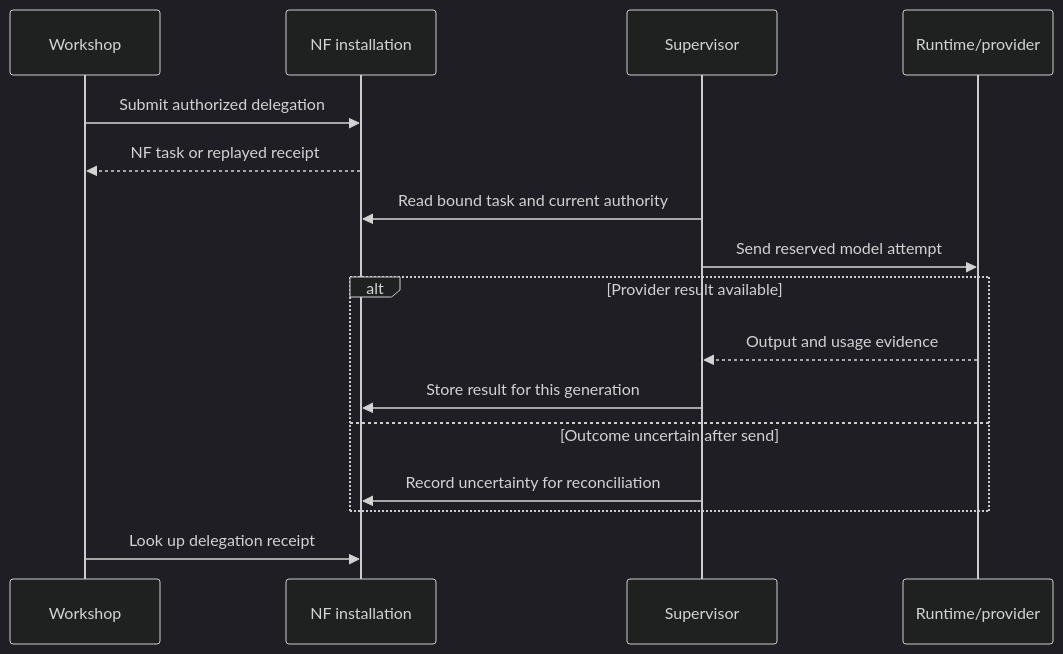
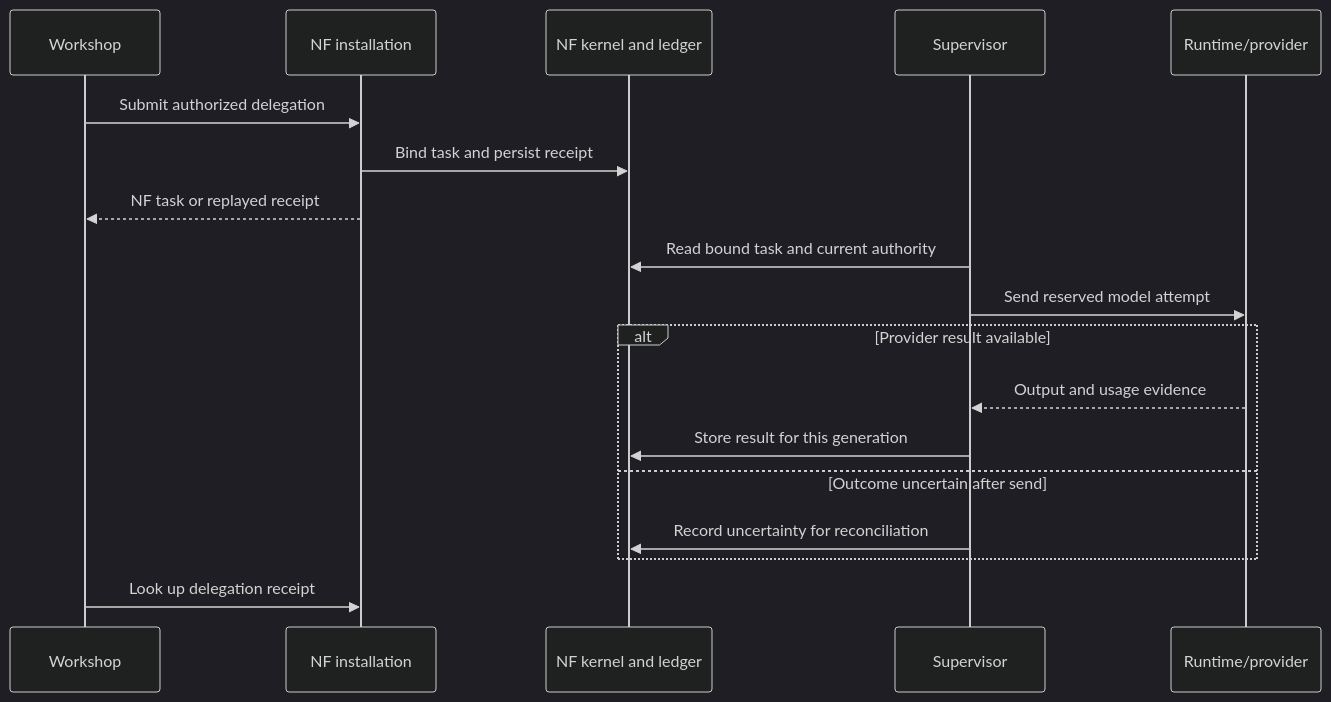
Before and after one commit to SKYdayDUCK/NovelFactory: the second of 3 diagrams in docs/en/03-system-architecture.md, drawn with Mermaid (dark theme). The commit also changed other lines of this file and 112 other files, not shown here.

````diff
--- a/docs/en/03-system-architecture.md
+++ b/docs/en/03-system-architecture.md
@@ -46,18 +46,20 @@
 ```mermaid
 sequenceDiagram
     participant W as Workshop
     participant N as NF installation
+    participant K as NF kernel and ledger
     participant S as Supervisor
     participant R as Runtime/provider
     W->>N: Submit authorized delegation
+    N->>K: Bind task and persist receipt
     N-->>W: NF task or replayed receipt
-    S->>N: Read bound task and current authority
+    S->>K: Read bound task and current authority
     S->>R: Send reserved model attempt
     alt Provider result available
         R-->>S: Output and usage evidence
-        S->>N: Store result for this generation
+        S->>K: Store result for this generation
     else Outcome uncertain after send
-        S->>N: Record uncertainty for reconciliation
+        S->>K: Record uncertainty for reconciliation
     end
     W->>N: Look up delegation receipt
 ```
````
